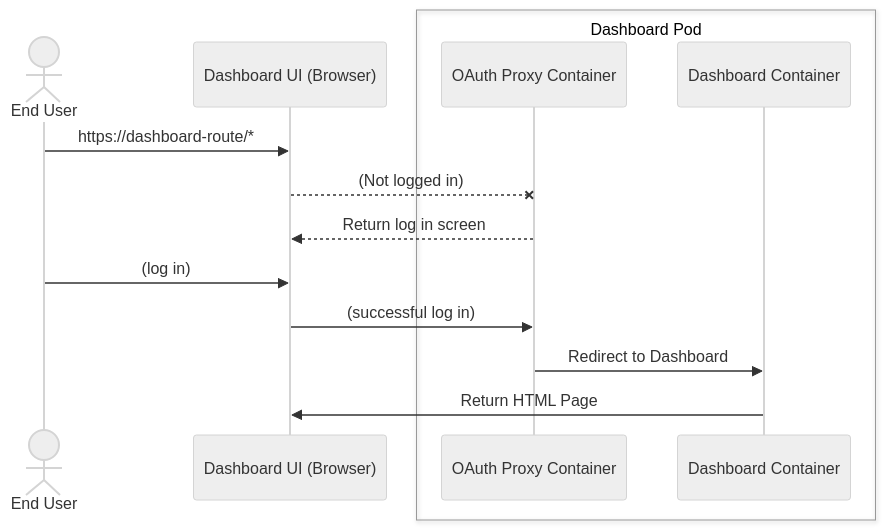
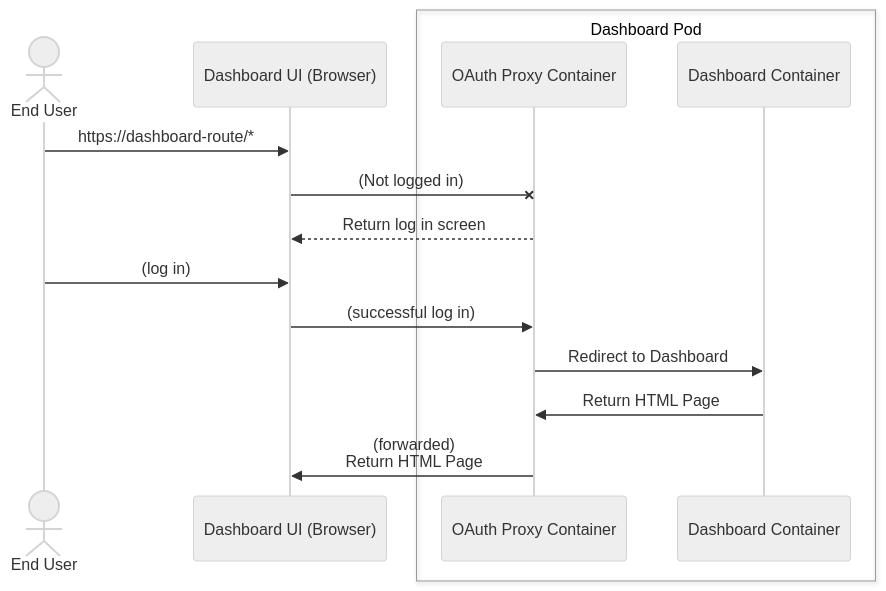
Before and after one commit to opendatahub-io/architecture-decision-records: the first of 2 diagrams in documentation/components/dashboard/README.md, drawn with Mermaid (neutral theme). The commit also changed other lines of this file, not shown here.

Commit message:
Update the sequence diagrams to represent OAuth better

````diff
--- a/documentation/components/dashboard/README.md
+++ b/documentation/components/dashboard/README.md
@@ -28,17 +28,18 @@
 ```mermaid
 sequenceDiagram
     actor EndUser as End User
     participant DashboardUI as Dashboard UI (Browser)
     box Dashboard Pod
-    participant OAuthProxy as OAuth Proxy Container
+    participant OAuth as OAuth Proxy Container
     participant Dashboard as Dashboard Container
     end
 
     EndUser->>DashboardUI: https://dashboard-route/*
-    DashboardUI--xOAuthProxy: (Not logged in)
-    OAuthProxy-->>DashboardUI: Return log in screen
+    DashboardUI-xOAuth: (Not logged in)
+    OAuth-->>DashboardUI: Return log in screen
     EndUser->>DashboardUI: (log in)
-    DashboardUI->>OAuthProxy: (successful log in)
-    OAuthProxy->>Dashboard: Redirect to Dashboard
-    Dashboard->>DashboardUI: Return HTML Page
+    DashboardUI->>OAuth: (successful log in)
+    OAuth->>Dashboard: Redirect to Dashboard
+    Dashboard->>OAuth: Return HTML Page
+    OAuth->>DashboardUI: (forwarded)<br/>Return HTML Page
 ```
````
